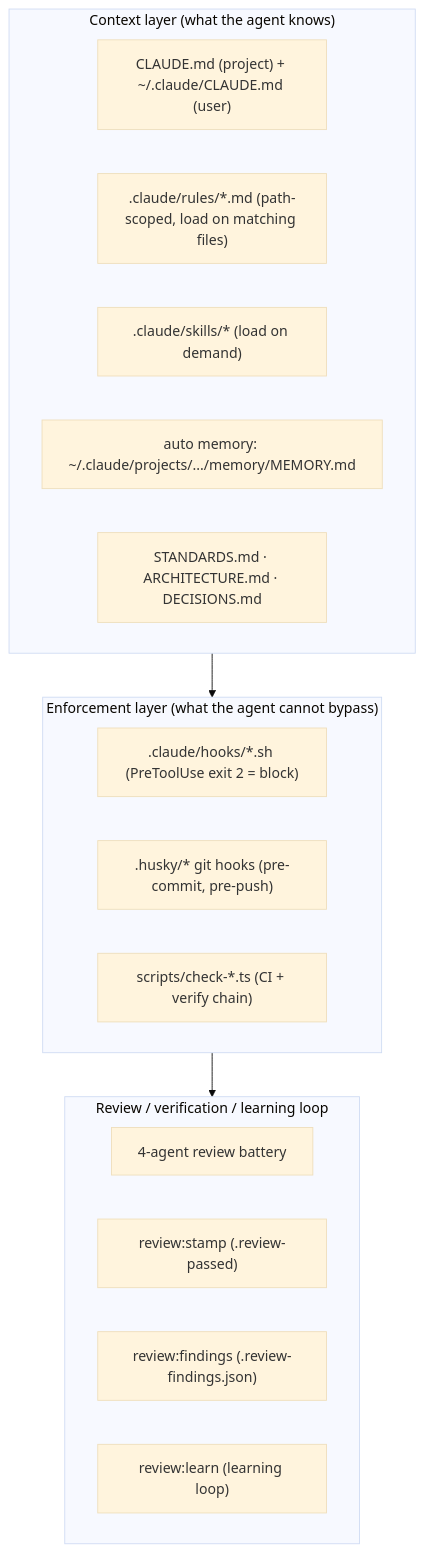
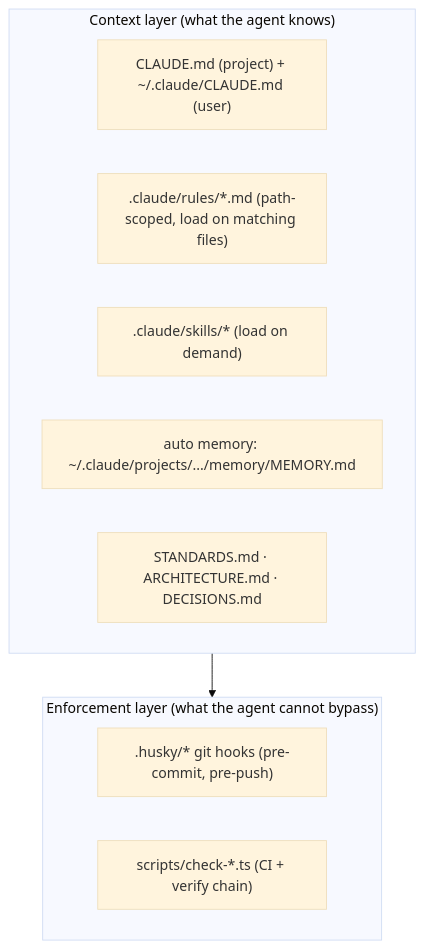
Before and after one commit to erikunha/portfolio: the diagram in docs/06-ai-development.md, drawn with Mermaid (base theme). The commit also changed other lines of this file and 152 other files, not shown here.

````diff
--- a/docs/06-ai-development.md
+++ b/docs/06-ai-development.md
@@ -7,22 +7,15 @@
 ```mermaid
 flowchart TB
     subgraph ctx["Context layer (what the agent knows)"]
         cl["CLAUDE.md (project) + ~/.claude/CLAUDE.md (user)"]
         rules[".claude/rules/*.md (path-scoped, load on matching files)"]
         skills[".claude/skills/* (load on demand)"]
         mem["auto memory: ~/.claude/projects/.../memory/MEMORY.md"]
         docs["STANDARDS.md · ARCHITECTURE.md · DECISIONS.md"]
     end
     subgraph enf["Enforcement layer (what the agent cannot bypass)"]
-        hooks[".claude/hooks/*.sh (PreToolUse exit 2 = block)"]
         husky[".husky/* git hooks (pre-commit, pre-push)"]
         gates["scripts/check-*.ts (CI + verify chain)"]
     end
-    subgraph loop["Review / verification / learning loop"]
-        battery["4-agent review battery"]
-        stamp["review:stamp (.review-passed)"]
-        ledger["review:findings (.review-findings.json)"]
-        learn["review:learn (learning loop)"]
-    end
-    ctx --> enf --> loop
+    ctx --> enf
 ```
````
